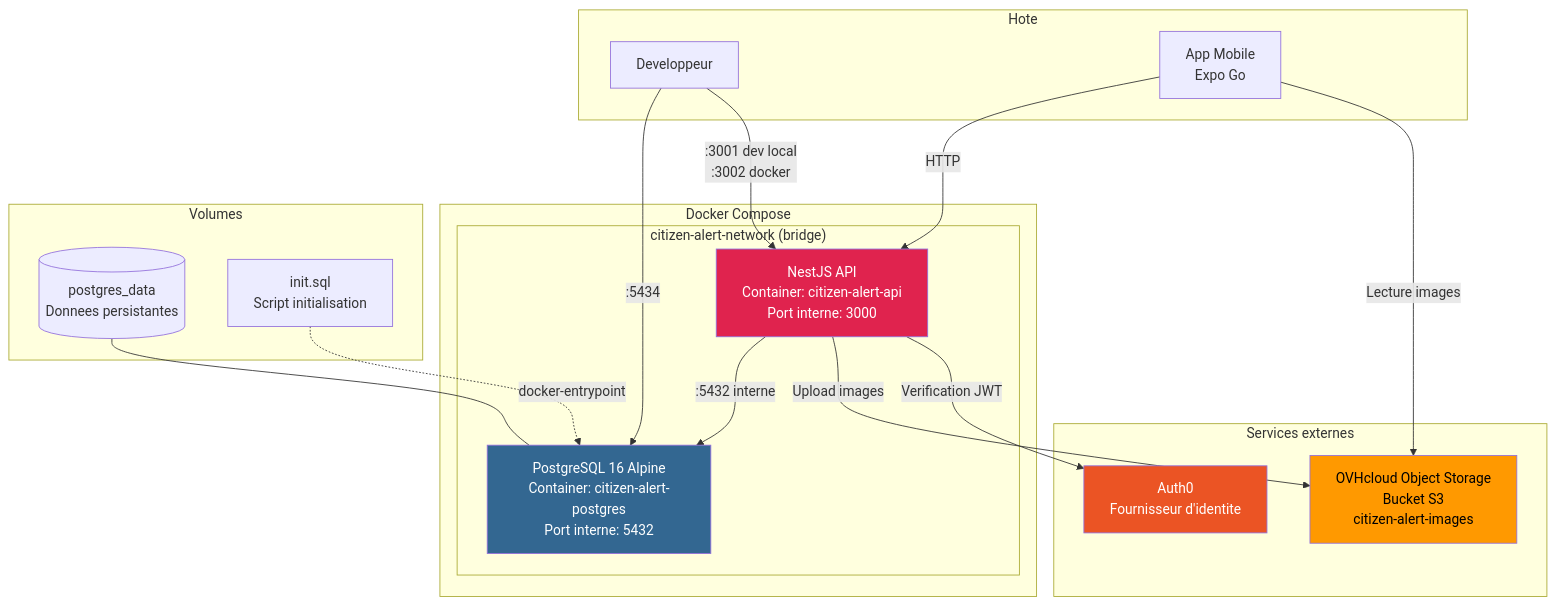
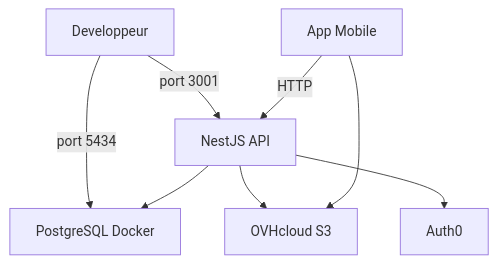
Before and after one commit to CitizenAlert/CitizenAlert: the sixth of 9 diagrams in docs/DAL.md, drawn with Mermaid. The commit also changed other lines of this file and 13 other files, not shown here.

````diff
--- a/docs/DAL.md
+++ b/docs/DAL.md
@@ -387,39 +274,10 @@
 ```mermaid
 graph TB
-    subgraph "Docker Compose"
-        subgraph "citizen-alert-network (bridge)"
-            PG[PostgreSQL 16 Alpine<br/>Container: citizen-alert-postgres<br/>Port interne: 5432]
-            API[NestJS API<br/>Container: citizen-alert-api<br/>Port interne: 3000]
-        end
-    end
-
-    subgraph "Volumes"
-        V[(postgres_data<br/>Donnees persistantes)]
-        INIT[init.sql<br/>Script initialisation]
-    end
-
-    subgraph "Services externes"
-        S3[OVHcloud Object Storage<br/>Bucket S3<br/>citizen-alert-images]
-        AUTH[Auth0<br/>Fournisseur d'identite]
-    end
-
-    subgraph "Hote"
-        DEV[Developpeur]
-        MOB[App Mobile<br/>Expo Go]
-    end
-
-    DEV -->|:5434| PG
-    DEV -->|:3001 dev local<br/>:3002 docker| API
-    MOB -->|HTTP| API
-    API -->|:5432 interne| PG
-    API -->|Upload images| S3
-    API -->|Verification JWT| AUTH
-    MOB -->|Lecture images| S3
-    V --- PG
-    INIT -.->|docker-entrypoint| PG
-
-    style PG fill:#336791,color:#fff
-    style API fill:#e0234e,color:#fff
-    style S3 fill:#ff9900,color:#000
-    style AUTH fill:#eb5424,color:#fff
+    DEV[Developpeur] -->|port 5434| PG[PostgreSQL Docker]
+    DEV -->|port 3001| API[NestJS API]
+    MOB[App Mobile] -->|HTTP| API
+    API --> PG
+    API --> S3[OVHcloud S3]
+    API --> AUTH[Auth0]
+    MOB --> S3
 ```
````
